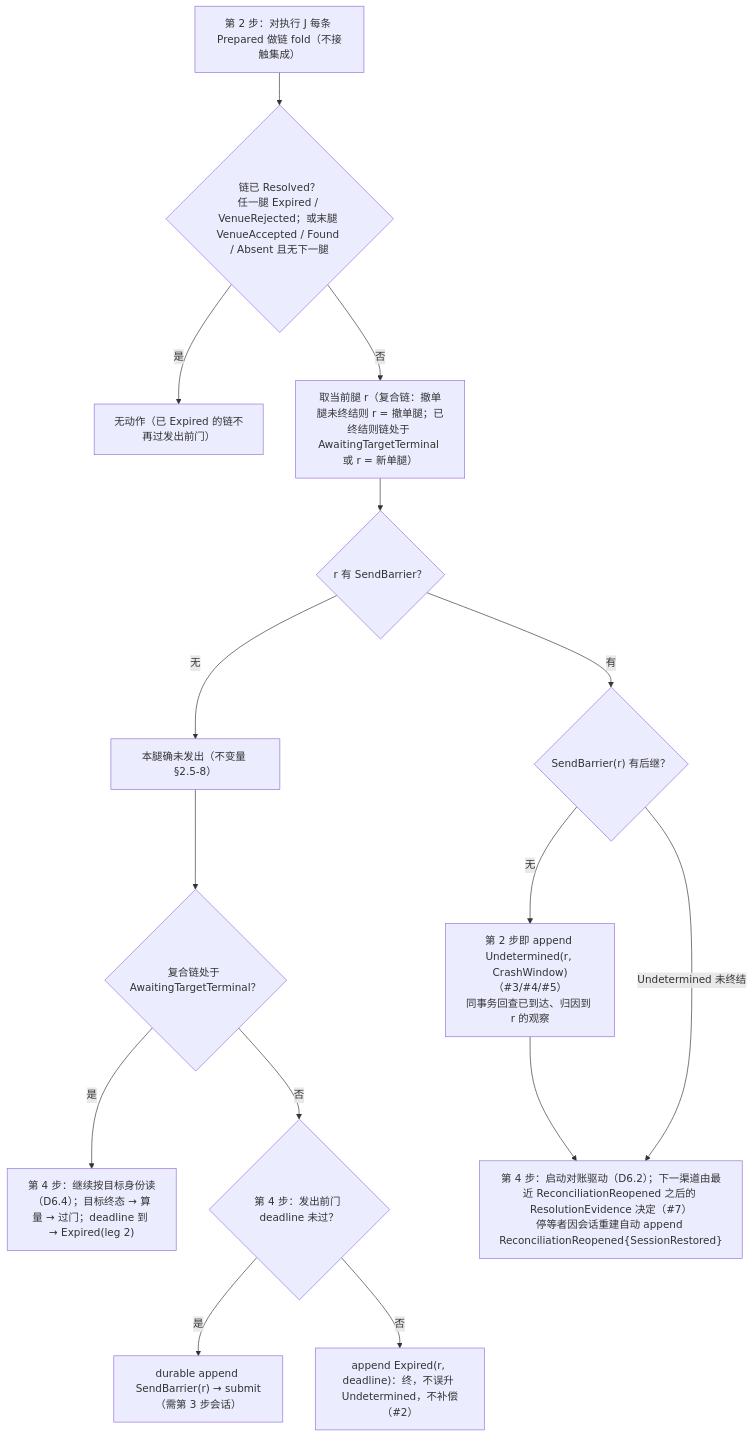
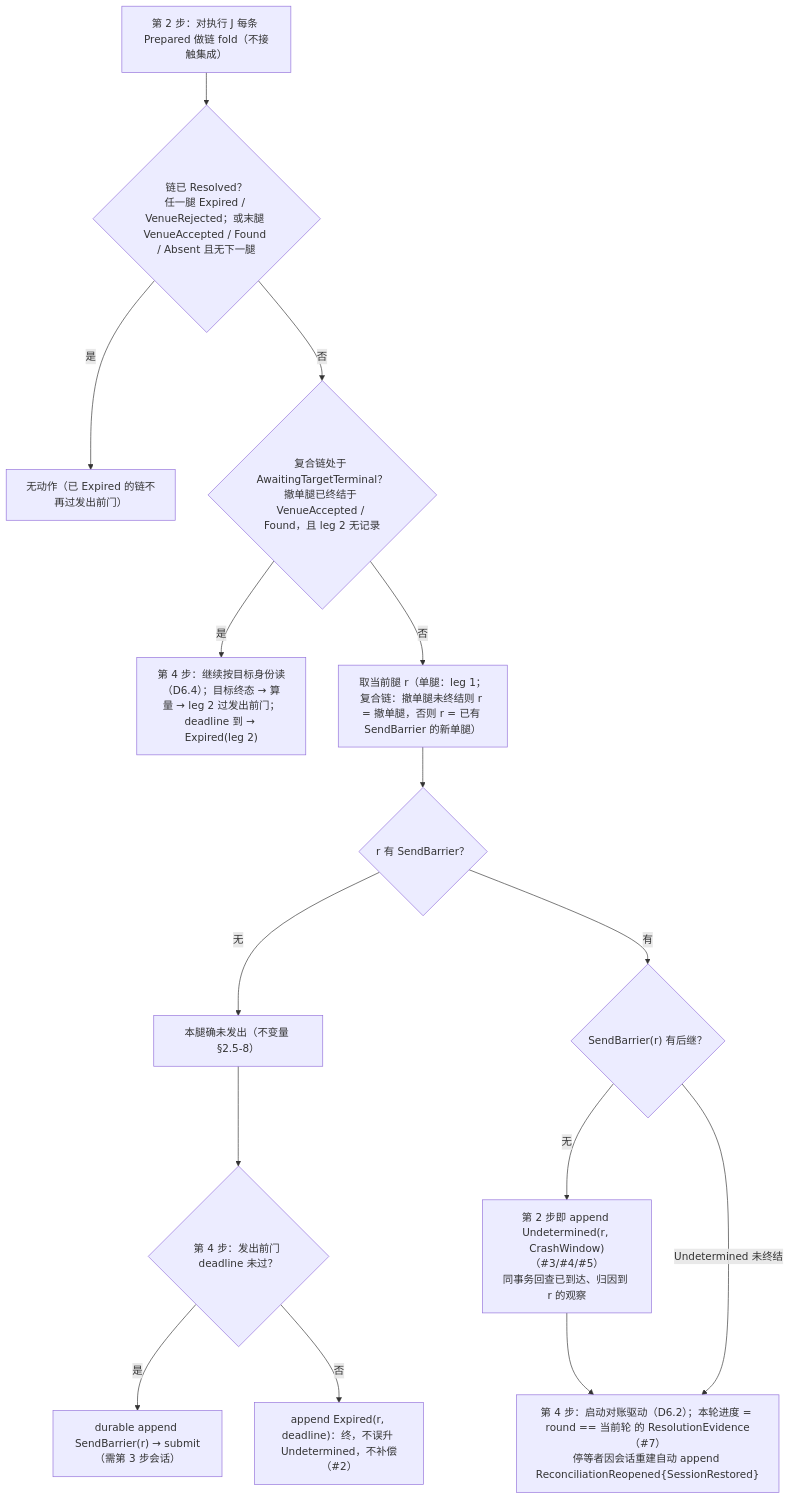
One commit to mouriya-s-lab/uta changed the first of 4 diagrams in design/diagrams/07-crash-recovery.md. Above: the diagram before and after it, drawn with Mermaid. The commit also changed other lines of this file and 10 other files, not shown here.

````diff
--- a/design/diagrams/07-crash-recovery.md
+++ b/design/diagrams/07-crash-recovery.md
@@ -9,18 +9,18 @@
 ```mermaid
 flowchart TB
   START["第 2 步：对执行 J 每条 Prepared 做链 fold（不接触集成）"]
   START --> Q0{"链已 Resolved？<br/>任一腿 Expired / VenueRejected；或末腿 VenueAccepted / Found / Absent 且无下一腿"}
   Q0 -->|"是"| DONE["无动作（已 Expired 的链不再过发出前门）"]
-  Q0 -->|"否"| LEG["取当前腿 r（复合链：撤单腿未终结则 r = 撤单腿；已终结则链处于 AwaitingTargetTerminal 或 r = 新单腿）"]
+  Q0 -->|"否"| Q3{"复合链处于 AwaitingTargetTerminal？<br/>撤单腿已终结于 VenueAccepted / Found，且 leg 2 无记录"}
+  Q3 -->|"是"| ATT["第 4 步：继续按目标身份读（D6.4）；目标终态 → 算量 → leg 2 过发出前门；deadline 到 → Expired(leg 2)"]
+  Q3 -->|"否"| LEG["取当前腿 r（单腿：leg 1；复合链：撤单腿未终结则 r = 撤单腿，否则 r = 已有 SendBarrier 的新单腿）"]
   LEG --> Q1{"r 有 SendBarrier？"}
   Q1 -->|"无"| SAFE["本腿确未发出（不变量 §2.5-8）"]
-  SAFE --> Q3{"复合链处于 AwaitingTargetTerminal？"}
-  Q3 -->|"是"| ATT["第 4 步：继续按目标身份读（D6.4）；目标终态 → 算量 → 过门；deadline 到 → Expired(leg 2)"]
-  Q3 -->|"否"| G{"第 4 步：发出前门 deadline 未过？"}
+  SAFE --> G{"第 4 步：发出前门 deadline 未过？"}
   G -->|"是"| SEND["durable append SendBarrier(r) → submit（需第 3 步会话）"]
   G -->|"否"| EXP["append Expired(r, deadline)：终，不误升 Undetermined，不补偿（#2）"]
   Q1 -->|"有"| Q2{"SendBarrier(r) 有后继？"}
   Q2 -->|"无"| UD["第 2 步即 append Undetermined(r, CrashWindow)（#3/#4/#5）<br/>同事务回查已到达、归因到 r 的观察"]
-  UD --> DRV["第 4 步：启动对账驱动（D6.2）；下一渠道由最近 ReconciliationReopened 之后的 ResolutionEvidence 决定（#7）<br/>停等者因会话重建自动 append ReconciliationReopened{SessionRestored}"]
+  UD --> DRV["第 4 步：启动对账驱动（D6.2）；本轮进度 = round == 当前轮 的 ResolutionEvidence（#7）<br/>停等者因会话重建自动 append ReconciliationReopened{SessionRestored}"]
   Q2 -->|"Undetermined 未终结"| DRV
 ```
````
